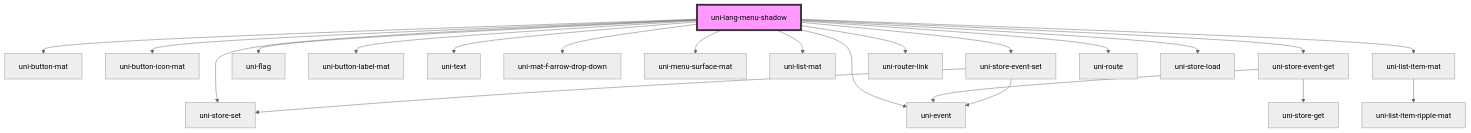
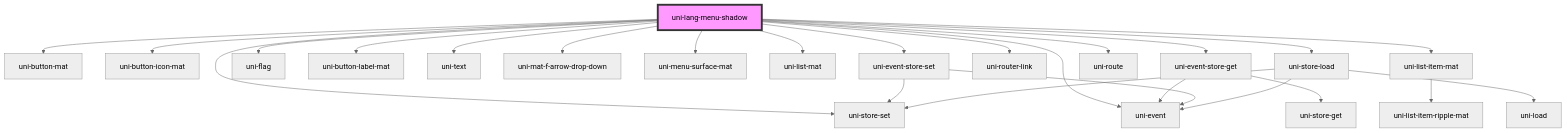
Before and after one commit to uiregex/uni-localize: the diagram in src/lang-menu/components/shadow/readme.md, drawn with Mermaid (neutral theme). The commit also changed other lines of this file and 9 other files, not shown here.

````diff
--- a/src/lang-menu/components/shadow/readme.md
+++ b/src/lang-menu/components/shadow/readme.md
@@ -47,25 +47,28 @@
 ```mermaid
 graph TD;
   uni-lang-menu-shadow --> uni-store-set
   uni-lang-menu-shadow --> uni-button-mat
   uni-lang-menu-shadow --> uni-button-icon-mat
-  uni-lang-menu-shadow --> uni-store-event-get
+  uni-lang-menu-shadow --> uni-event-store-get
   uni-lang-menu-shadow --> uni-flag
   uni-lang-menu-shadow --> uni-button-label-mat
   uni-lang-menu-shadow --> uni-text
   uni-lang-menu-shadow --> uni-mat-f-arrow-drop-down
   uni-lang-menu-shadow --> uni-menu-surface-mat
   uni-lang-menu-shadow --> uni-list-mat
-  uni-lang-menu-shadow --> uni-store-event-set
+  uni-lang-menu-shadow --> uni-event-store-set
   uni-lang-menu-shadow --> uni-router-link
   uni-lang-menu-shadow --> uni-list-item-mat
   uni-lang-menu-shadow --> uni-route
   uni-lang-menu-shadow --> uni-event
   uni-lang-menu-shadow --> uni-store-load
-  uni-store-event-get --> uni-event
-  uni-store-event-get --> uni-store-get
-  uni-store-event-set --> uni-event
-  uni-store-event-set --> uni-store-set
+  uni-event-store-get --> uni-event
+  uni-event-store-get --> uni-store-get
+  uni-event-store-set --> uni-event
+  uni-event-store-set --> uni-store-set
   uni-list-item-mat --> uni-list-item-ripple-mat
+  uni-store-load --> uni-event
+  uni-store-load --> uni-store-set
+  uni-store-load --> uni-load
   style uni-lang-menu-shadow fill:#f9f,stroke:#333,stroke-width:4px
 ```
````
